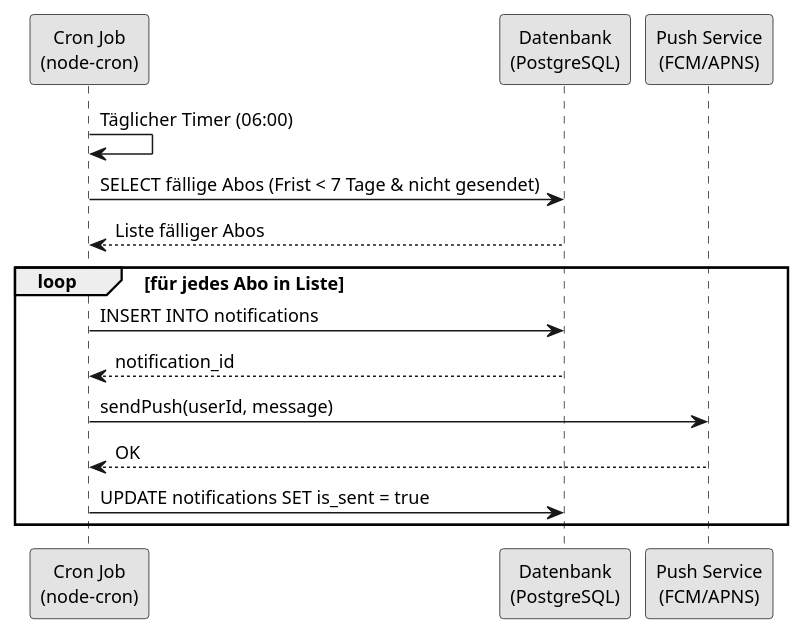
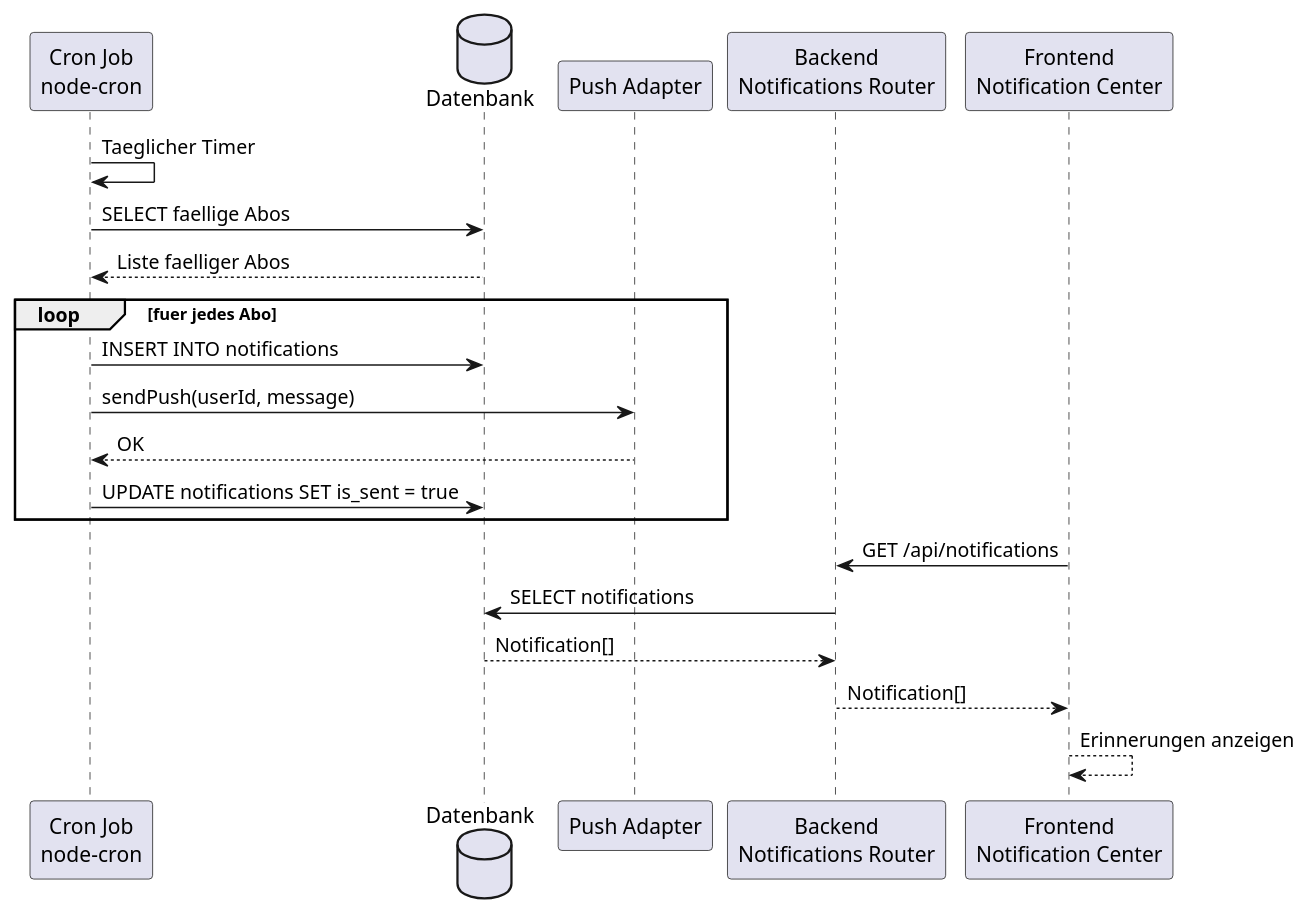
One commit to momel13/SubscriptionGuard-E2 changed the sixth of 9 diagrams in docs/technical/design.adoc. Above: the diagram before and after it, drawn with PlantUML. The commit also changed other lines of this file and 1 other file, not shown here.

```diff
--- a/docs/technical/design.adoc
+++ b/docs/technical/design.adoc
@@ -142,22 +581,25 @@
-[plantuml, sequence-deadline, svg]
-....
+[plantuml,sequence-deadline-check,svg]
+----
 @startuml
-skinparam monochrome true
-skinparam defaultFontSize 12
+participant "Cron Job\nnode-cron" as Cron
+database "Datenbank" as DB
+participant "Push Adapter" as Push
+participant "Backend\nNotifications Router" as BE
+participant "Frontend\nNotification Center" as FE
 
-participant "Cron Job\n(node-cron)" as cron
-participant "Datenbank\n(PostgreSQL)" as db
-participant "Push Service\n(FCM/APNS)" as push
-
-cron -> cron : Täglicher Timer (06:00)
-cron -> db : SELECT fällige Abos (Frist < 7 Tage & nicht gesendet)
-db --> cron : Liste fälliger Abos
-loop für jedes Abo in Liste
-    cron -> db : INSERT INTO notifications
-    db --> cron : notification_id
-    cron -> push : sendPush(userId, message)
-    push --> cron : OK
-    cron -> db : UPDATE notifications SET is_sent = true
+Cron -> Cron : Taeglicher Timer
+Cron -> DB : SELECT faellige Abos
+DB --> Cron : Liste faelliger Abos
+loop fuer jedes Abo
+  Cron -> DB : INSERT INTO notifications
+  Cron -> Push : sendPush(userId, message)
+  Push --> Cron : OK
+  Cron -> DB : UPDATE notifications SET is_sent = true
 end
+FE -> BE : GET /api/notifications
+BE -> DB : SELECT notifications
+DB --> BE : Notification[]
+BE --> FE : Notification[]
+FE --> FE : Erinnerungen anzeigen
 @enduml
-....
+----
```
